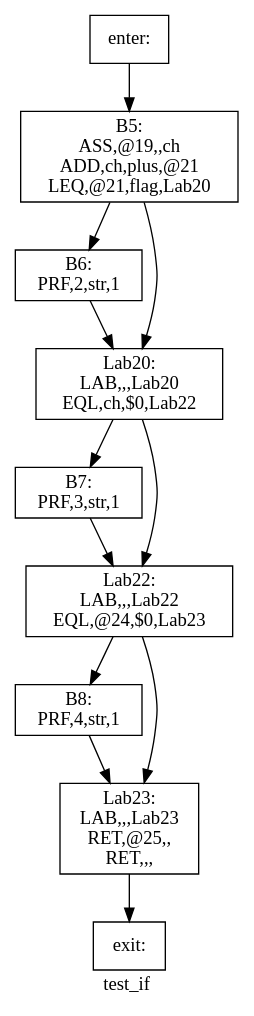
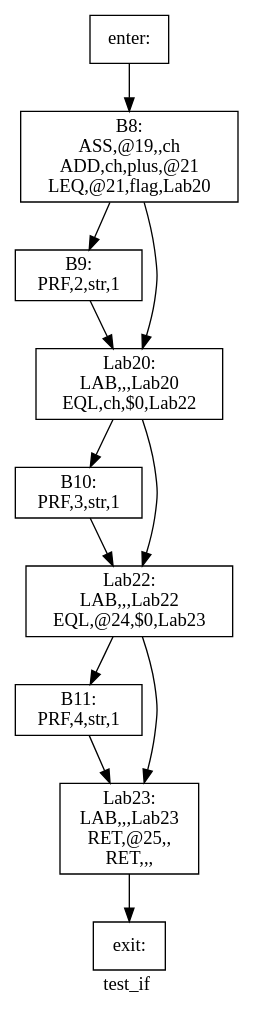
Before and after one commit to yifan123/Compiler: the diagram in Compiler/basic_block/dot/test_if.dot, drawn with Graphviz. The commit also changed 157 other files, not shown here.

Commit message:
整个编译器已经完工，优化已做了： 1. 常量折叠 2. 划分基本块并使用graphviz绘制控制流图 3. 在parser时直接将所有常量的值计算出来 4. 到达定义分析，计算d-u链和活跃变量分析 5. 构建冲突图，图着色（这个可能还有bug） 6. 错误处理，错误skip，错误打印 接下来准备做： 1. 全局寄存器分配

```diff
--- a/Compiler/basic_block/dot/test_if.dot
+++ b/Compiler/basic_block/dot/test_if.dot
@@ -1,23 +1,23 @@
 digraph test_if{
 label =test_if
-B5[label="B5:\nASS,@19,,ch\nADD,ch,plus,@21\nLEQ,@21,flag,Lab20\n" shape=box]
-B6[label="B6:\nPRF,2,str,1\n" shape=box]
-B7[label="B7:\nPRF,3,str,1\n" shape=box]
-B8[label="B8:\nPRF,4,str,1\n" shape=box]
+B10[label="B10:\nPRF,3,str,1\n" shape=box]
+B11[label="B11:\nPRF,4,str,1\n" shape=box]
+B8[label="B8:\nASS,@19,,ch\nADD,ch,plus,@21\nLEQ,@21,flag,Lab20\n" shape=box]
+B9[label="B9:\nPRF,2,str,1\n" shape=box]
 Lab20[label="Lab20:\nLAB,,,Lab20\nEQL,ch,$0,Lab22\n" shape=box]
 Lab22[label="Lab22:\nLAB,,,Lab22\nEQL,@24,$0,Lab23\n" shape=box]
 Lab23[label="Lab23:\nLAB,,,Lab23\nRET,@25,,\nRET,,,\n" shape=box]
 enter[label="enter:\n" shape=box]
 exit[label="exit:\n" shape=box]
-B5->B6
-B5->Lab20
-B6->Lab20
-B7->Lab22
-B8->Lab23
-Lab20->B7
+B10->Lab22
+B11->Lab23
+B8->B9
+B8->Lab20
+B9->Lab20
+Lab20->B10
 Lab20->Lab22
-Lab22->B8
+Lab22->B11
 Lab22->Lab23
 Lab23->exit
-enter->B5
+enter->B8
 }
```
